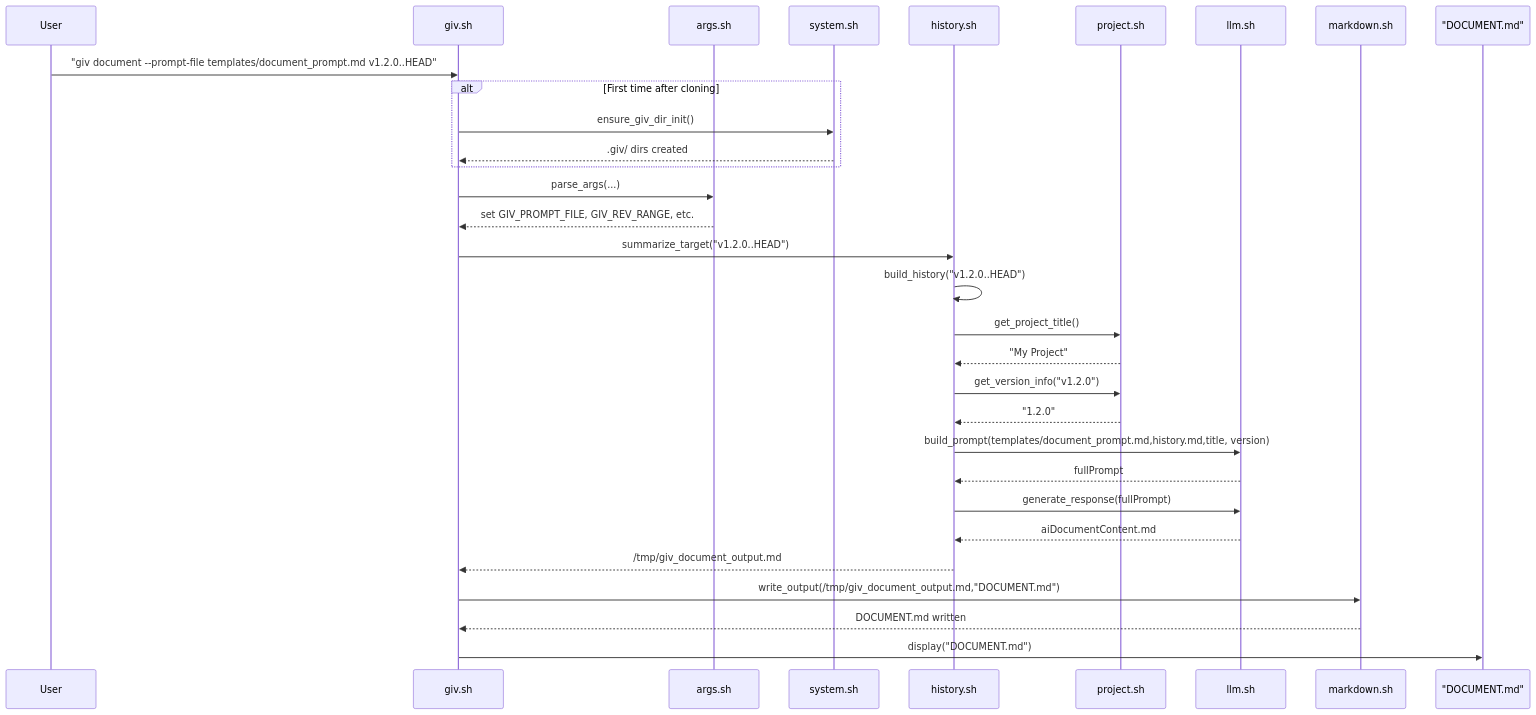
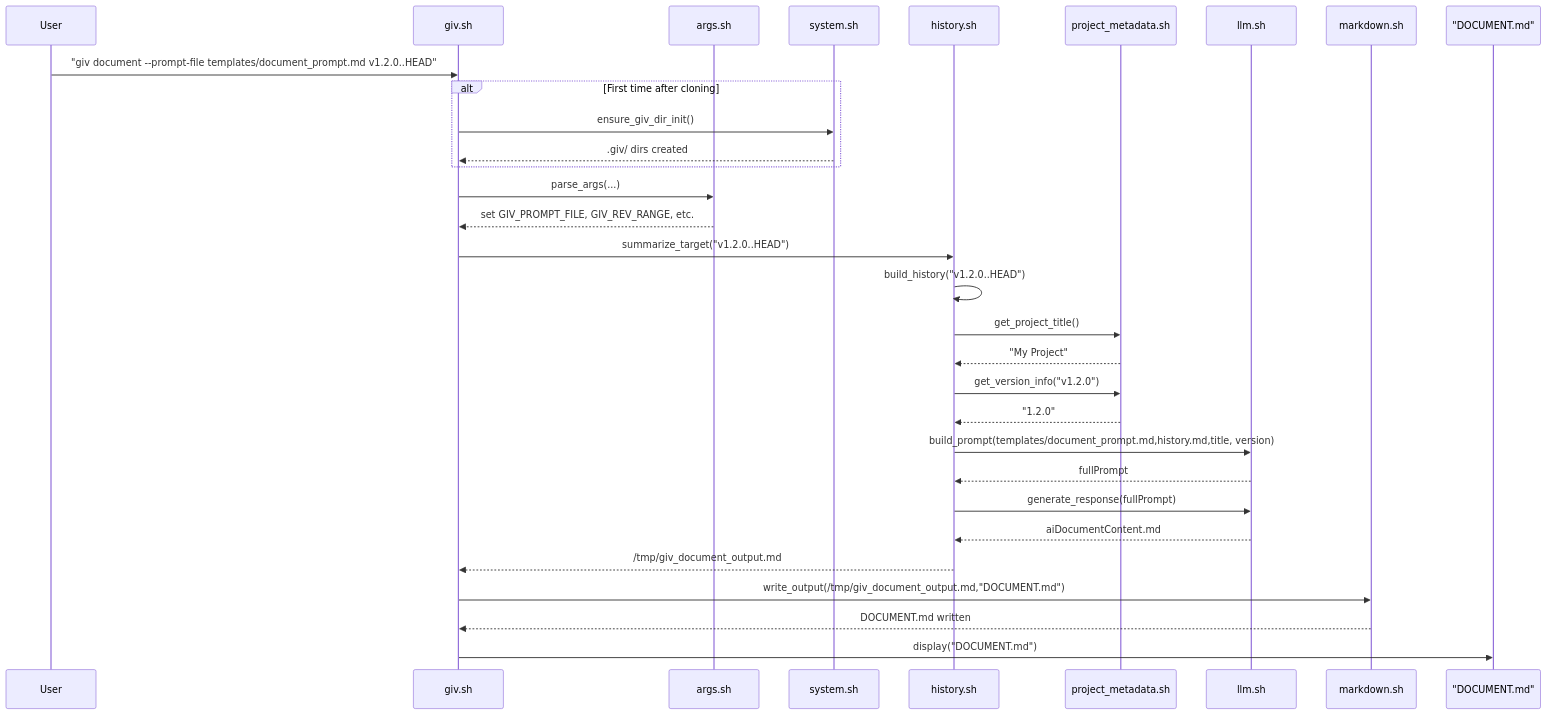
One commit to giv-cli/giv changed the fourth of 4 diagrams in docs/architecture.md. Above: the diagram before and after it, drawn with Mermaid. The commit also changed other lines of this file and 16 other files, not shown here.

````diff
--- a/docs/architecture.md
+++ b/docs/architecture.md
@@ -246,38 +281,38 @@
 ```mermaid
 sequenceDiagram
     participant User
     participant giv.sh
     participant args.sh
     participant system.sh
     participant history.sh
-    participant project.sh
+    participant project_metadata.sh
     participant llm.sh
     participant markdown.sh
     participant OutputFile as "DOCUMENT.md"
 
     User->>giv.sh: "giv document --prompt-file templates/document_prompt.md  v1.2.0..HEAD"
     alt First time after cloning
         giv.sh->>system.sh: ensure_giv_dir_init()
         system.sh-->>giv.sh: .giv/ dirs created
     end
     giv.sh->>args.sh: parse_args(...)
     args.sh-->>giv.sh: set GIV_PROMPT_FILE, GIV_REV_RANGE, etc.
 
     giv.sh->>history.sh: summarize_target("v1.2.0..HEAD")
     history.sh->>history.sh: build_history("v1.2.0..HEAD")
-    history.sh->>project.sh: get_project_title()
-    project.sh-->>history.sh: "My Project"
-    history.sh->>project.sh: get_version_info("v1.2.0")
-    project.sh-->>history.sh: "1.2.0"
+    history.sh->>project_metadata.sh: get_project_title()
+    project_metadata.sh-->>history.sh: "My Project"
+    history.sh->>project_metadata.sh: get_version_info("v1.2.0")
+    project_metadata.sh-->>history.sh: "1.2.0"
 
     history.sh->>llm.sh: build_prompt(templates/document_prompt.md,history.md,title, version)
     llm.sh-->>history.sh: fullPrompt
     history.sh->>llm.sh: generate_response(fullPrompt)
     llm.sh-->>history.sh: aiDocumentContent.md
 
     history.sh-->>giv.sh: /tmp/giv_document_output.md
     giv.sh->>markdown.sh: write_output(/tmp/giv_document_output.md,"DOCUMENT.md")
     markdown.sh-->>giv.sh: DOCUMENT.md written
 
     giv.sh->>OutputFile: display("DOCUMENT.md")
 ```
````
